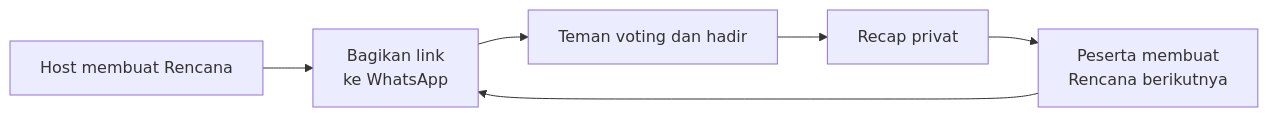
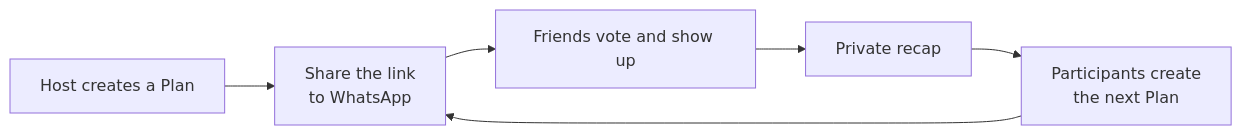
One commit to itsmhp/SocialMedia changed the third of 3 diagrams in concept/README.md. Above: the diagram before and after it, drawn with Mermaid. The commit also changed other lines of this file and 23 other files, not shown here.

````diff
--- a/concept/README.md
+++ b/concept/README.md
@@ -66,8 +66,8 @@
 ```mermaid
 flowchart LR
-    A[Host membuat Rencana] --> B[Bagikan link<br/>ke WhatsApp]
-    B --> C[Teman voting dan hadir]
-    C --> D[Recap privat]
-    D --> E[Peserta membuat<br/>Rencana berikutnya]
+    A[Host creates a Plan] --> B[Share the link<br/>to WhatsApp]
+    B --> C[Friends vote and show up]
+    C --> D[Private recap]
+    D --> E[Participants create<br/>the next Plan]
     E --> B
 ```
````
